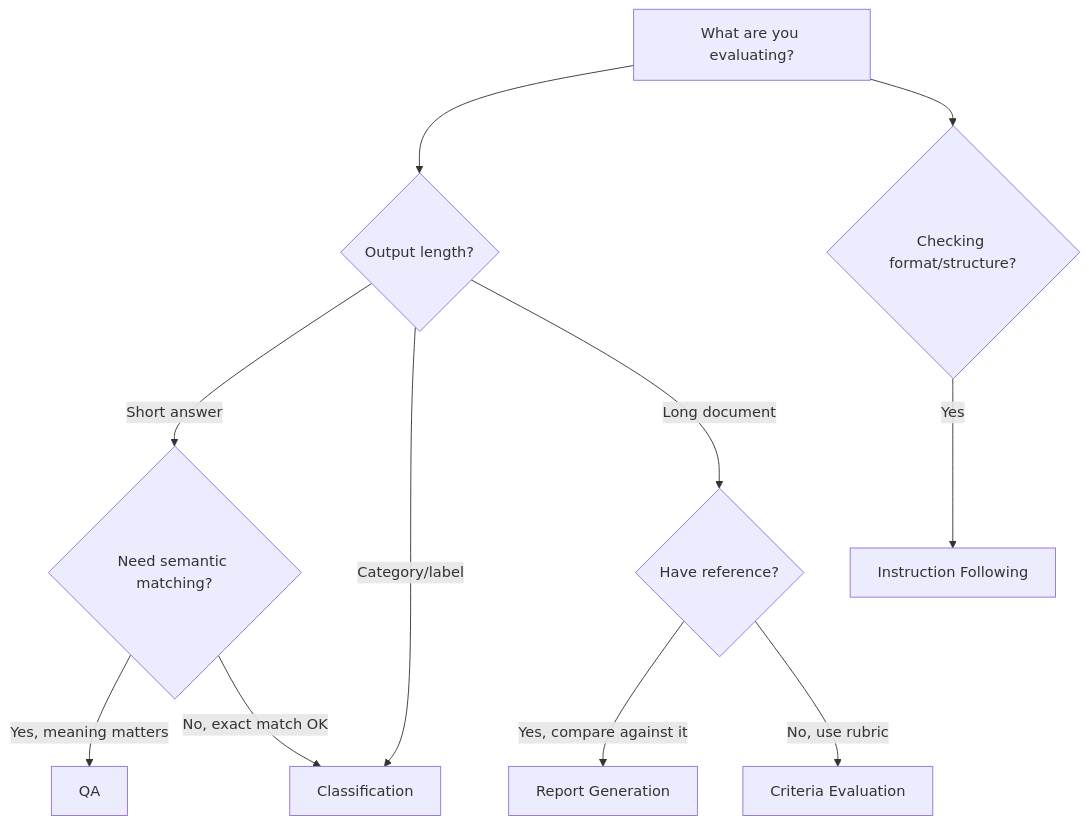
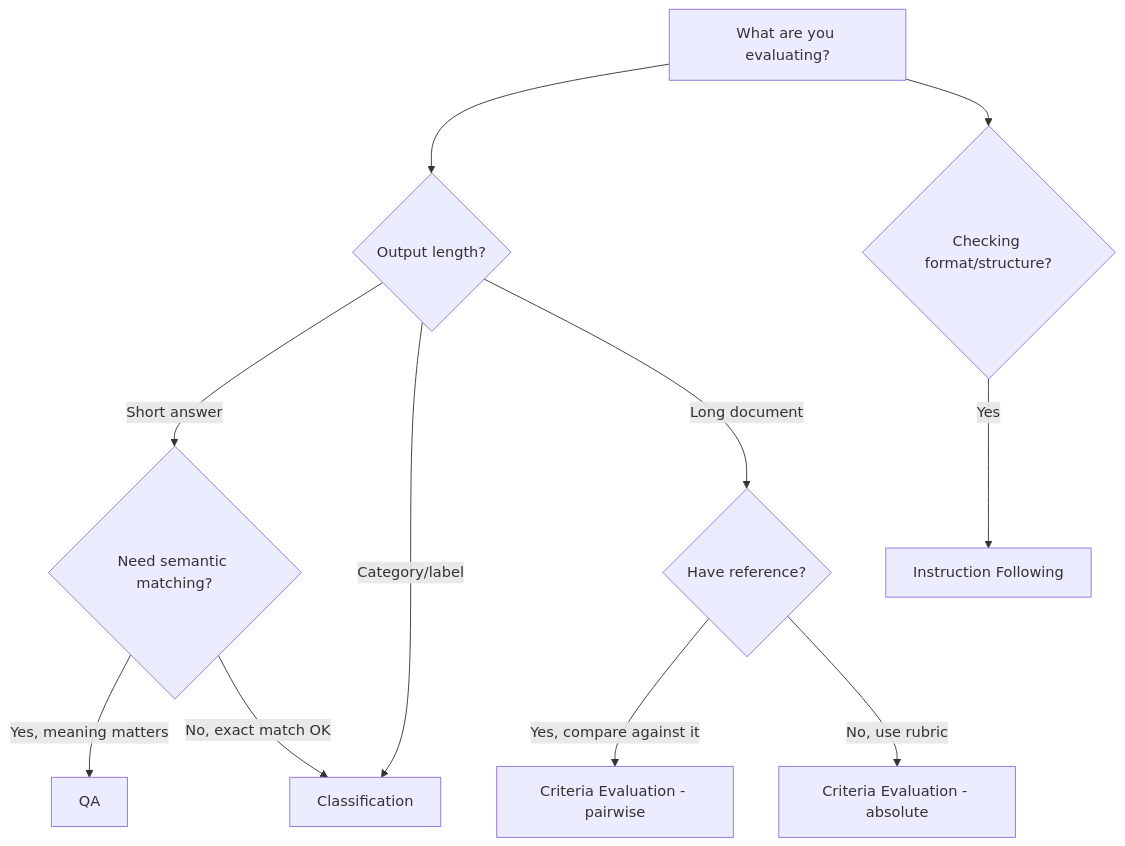
One commit to palace-ai/palace-eval changed the diagram in docs/task-types/index.md. Above: the diagram before and after it, drawn with Mermaid. The commit also changed other lines of this file and 41 other files, not shown here.

Commit message:
Updated docs and removed report generation mentions in favor of criteria evaluation

````diff
--- a/docs/task-types/index.md
+++ b/docs/task-types/index.md
@@ -98,13 +86,13 @@
 ```mermaid
 flowchart TD
     A[What are you evaluating?] --> B{Output length?}
     B -->|Short answer| C{Need semantic matching?}
     B -->|Category/label| D[Classification]
     B -->|Long document| E{Have reference?}
     C -->|Yes, meaning matters| F[QA]
     C -->|No, exact match OK| D
-    E -->|Yes, compare against it| G[Report Generation]
-    E -->|No, use rubric| H[Criteria Evaluation]
+    E -->|Yes, compare against it| G[Criteria Evaluation - pairwise]
+    E -->|No, use rubric| H[Criteria Evaluation - absolute]
     A --> I{Checking format/structure?}
     I -->|Yes| J[Instruction Following]
 ```
````
